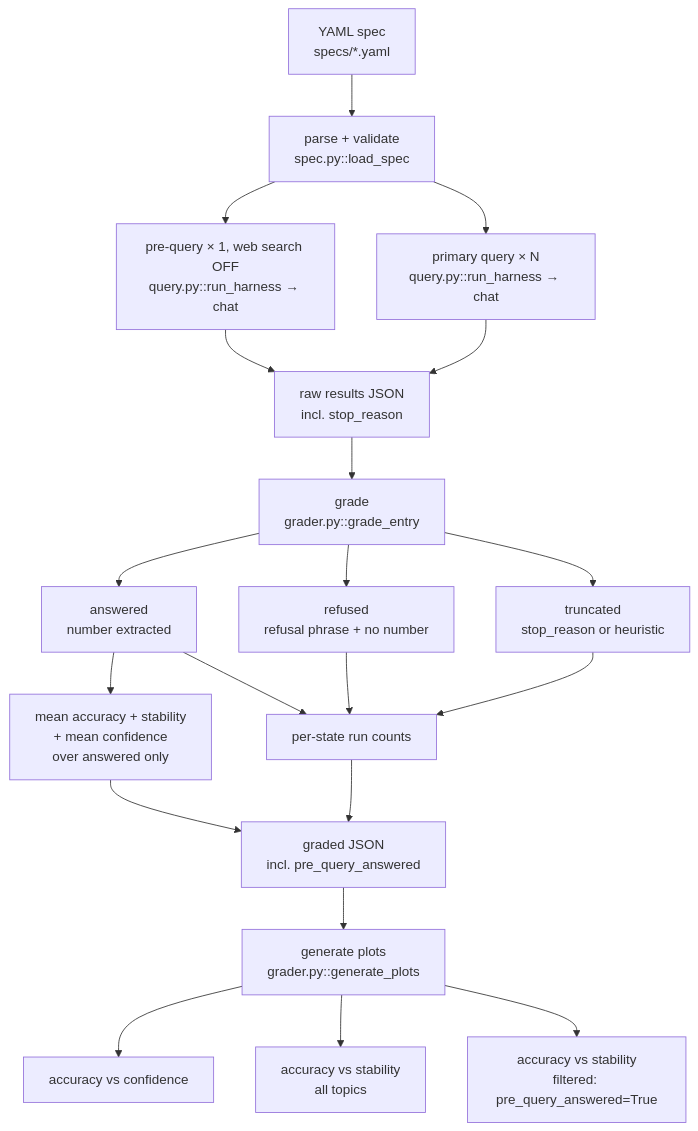
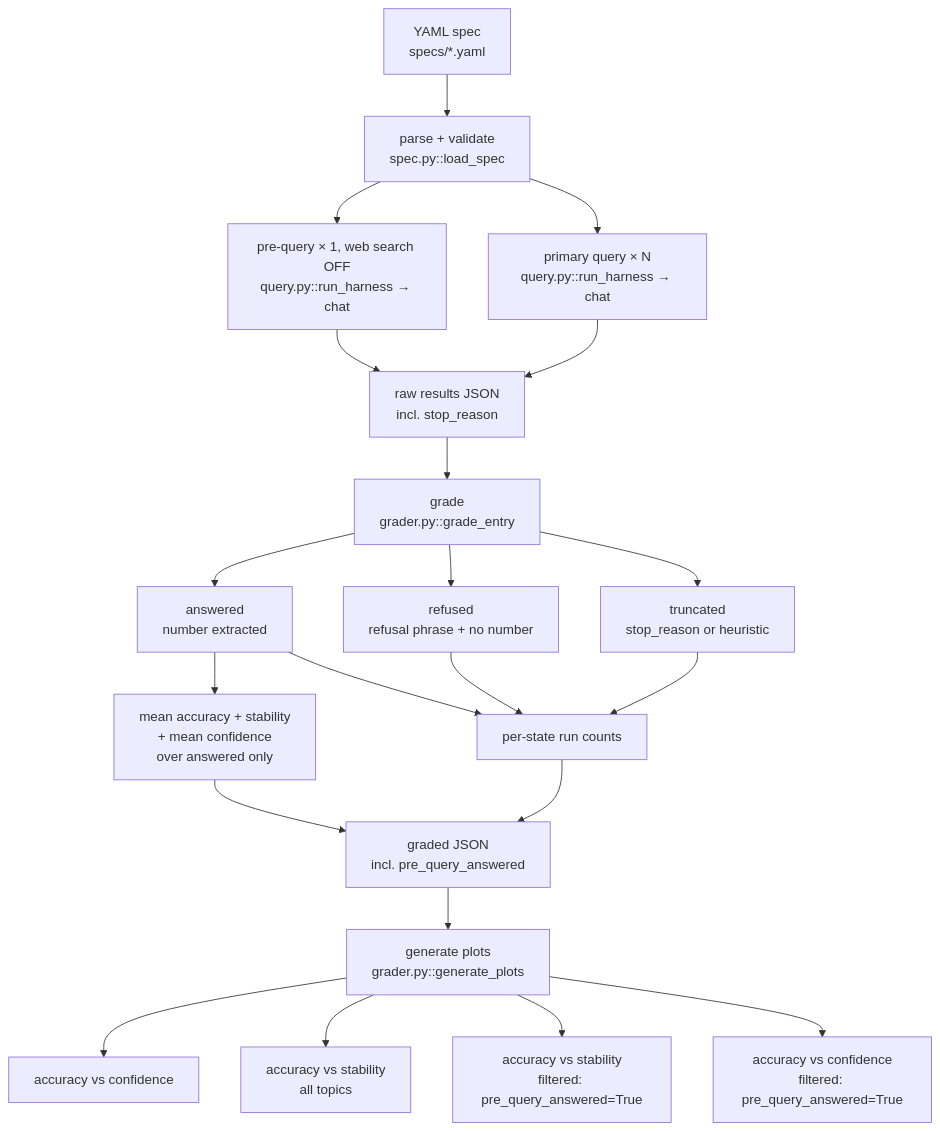
One commit to jarretmorton/LLM-Accuracy-Eval changed the diagram in docs/architecture.md. Above: the diagram before and after it, drawn with Mermaid. The commit also changed other lines of this file and 11 other files, not shown here.

````diff
--- a/docs/architecture.md
+++ b/docs/architecture.md
@@ -23,22 +23,23 @@
 ```mermaid
 flowchart TD
     S[YAML spec<br/>specs/*.yaml] --> P[parse + validate<br/>spec.py::load_spec]
     P --> CC[pre-query × 1, web search OFF<br/>query.py::run_harness → chat]
     P --> R[primary query × N<br/>query.py::run_harness → chat]
     CC --> RAW[raw results JSON<br/>incl. stop_reason]
     R --> RAW
     RAW --> G[grade<br/>grader.py::grade_entry]
     G --> ANS[answered<br/>number extracted]
     G --> REF[refused<br/>refusal phrase + no number]
     G --> TR[truncated<br/>stop_reason or heuristic]
     ANS --> M[mean accuracy + stability<br/>+ mean confidence<br/>over answered only]
     ANS --> CNT[per-state run counts]
     REF --> CNT
     TR --> CNT
     M --> O[graded JSON<br/>incl. pre_query_answered]
     CNT --> O
     O --> PL[generate plots<br/>grader.py::generate_plots]
     PL --> P1[accuracy vs confidence]
     PL --> P2[accuracy vs stability<br/>all topics]
     PL --> P3[accuracy vs stability<br/>filtered: pre_query_answered=True]
+    PL --> P4[accuracy vs confidence<br/>filtered: pre_query_answered=True]
 ```
````
